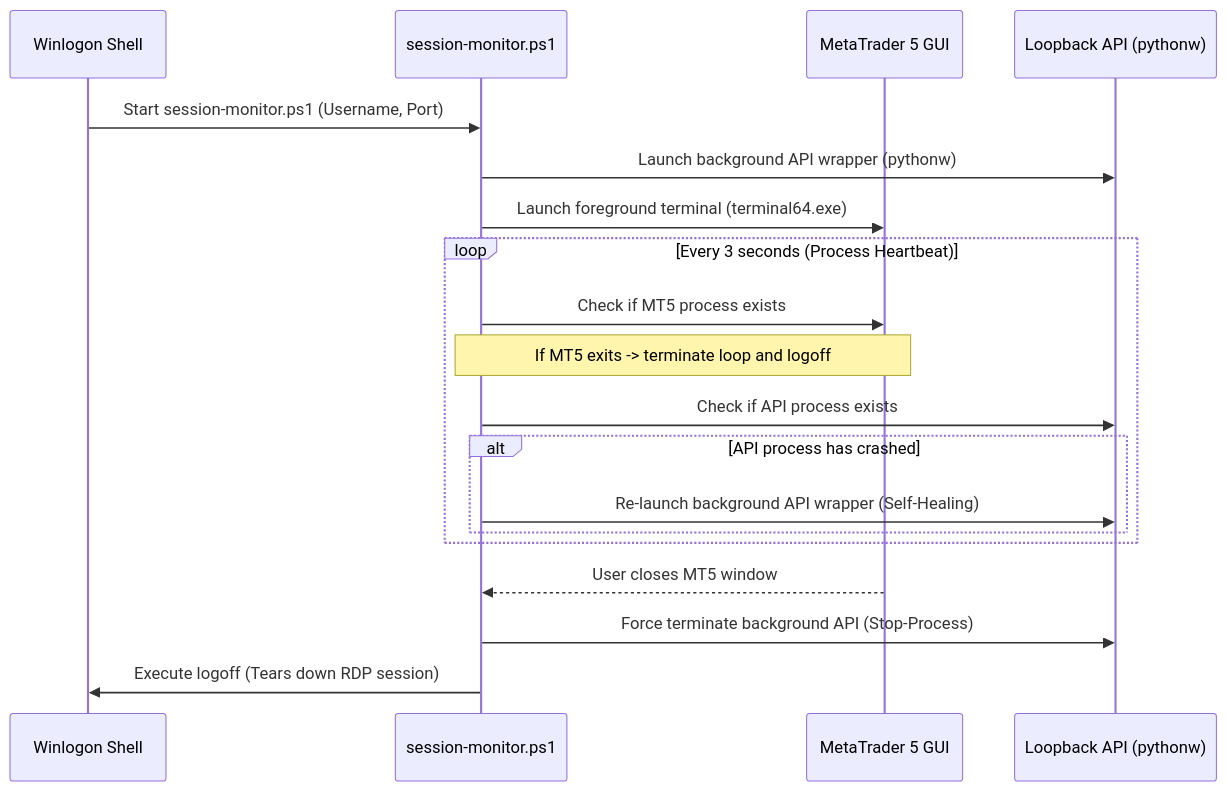
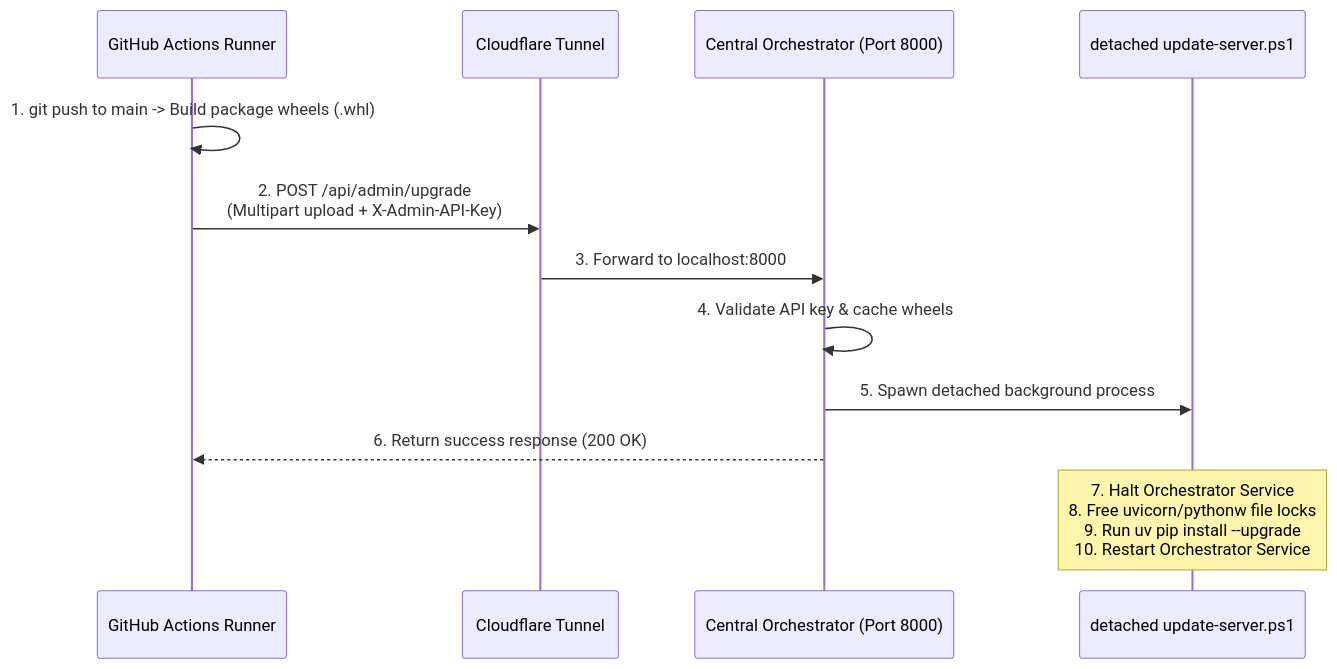
One commit to devffex/experiment-windows-server-metatrader changed the second of 2 diagrams in README.md. Above: the diagram before and after it, drawn with Mermaid. The commit also changed other lines of this file, not shown here.

````diff
--- a/README.md
+++ b/README.md
@@ -564,24 +161,15 @@
 ```mermaid
 sequenceDiagram
-    participant UserShell as Winlogon Shell
-    participant Monitor as session-monitor.ps1
-    participant MT5 as MetaTrader 5 GUI
-    participant API as Loopback API (pythonw)
+    participant GA as GitHub Actions Runner
+    participant CF as Cloudflare Tunnel
+    participant Orch as Central Orchestrator (Port 8000)
+    participant PS as detached update-server.ps1
 
-    UserShell->>Monitor: Start session-monitor.ps1 (Username, Port)
-    Monitor->>API: Launch background API wrapper (pythonw)
-    Monitor->>MT5: Launch foreground terminal (terminal64.exe)
-    
-    loop Every 3 seconds (Process Heartbeat)
-        Monitor->>MT5: Check if MT5 process exists
-        Note over Monitor,MT5: If MT5 exits -> terminate loop and logoff
-        Monitor->>API: Check if API process exists
-        alt API process has crashed
-            Monitor->>API: Re-launch background API wrapper (Self-Healing)
-        end
-    end
-
-    MT5-->>Monitor: User closes MT5 window
-    Monitor->>API: Force terminate background API (Stop-Process)
-    Monitor->>UserShell: Execute logoff (Tears down RDP session)
+    GA->>GA: 1. git push to main -> Build package wheels (.whl)
+    GA->>CF: 2. POST /api/admin/upgrade<br/>(Multipart upload + X-Admin-API-Key)
+    CF->>Orch: 3. Forward to localhost:8000
+    Orch->>Orch: 4. Validate API key & cache wheels
+    Orch->>PS: 5. Spawn detached background process
+    Orch-->>GA: 6. Return success response (200 OK)
+    Note over PS: 7. Halt Orchestrator Service<br/>8. Free uvicorn/pythonw file locks<br/>9. Run uv pip install --upgrade<br/>10. Restart Orchestrator Service
 ```
````
